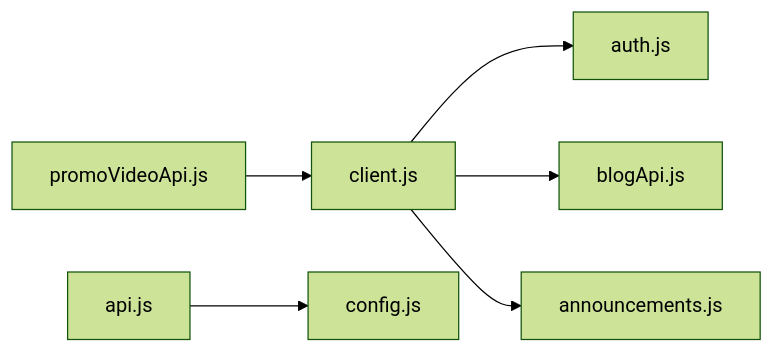
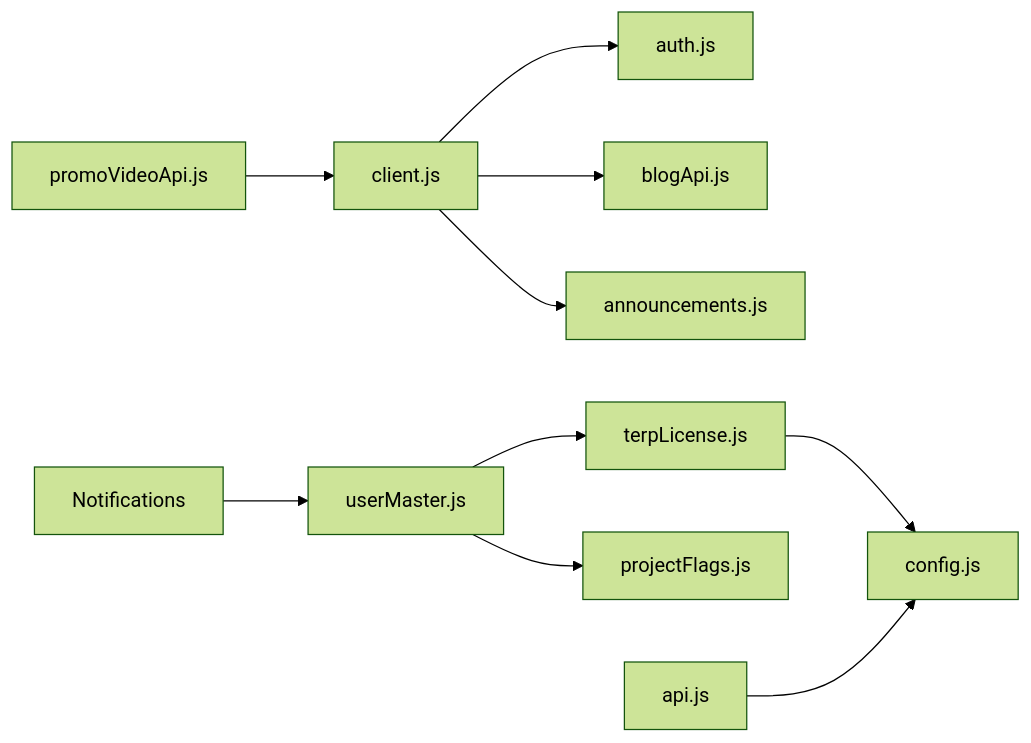
Before and after one commit to imcbsglobal/TRELLISCO_ERP_FRONTEND: diagram 11 of 11 in .qoder/repowiki/en/content/Application Architecture/API Integration Patterns.md, drawn with Mermaid (forest theme). The commit also changed other lines of this file and 35 other files, not shown here.

````diff
--- a/.qoder/repowiki/en/content/Application Architecture/API Integration Patterns.md
+++ b/.qoder/repowiki/en/content/Application Architecture/API Integration Patterns.md
@@ -317,8 +470,12 @@
 ```mermaid
 graph LR
 Client["client.js"] --> Auth["auth.js"]
 Client --> Blog["blogApi.js"]
 Client --> Announcements["announcements.js"]
 Promo["promoVideoApi.js"] --> Client
-ApiLegacy["api.js"] --> Config["config.js"]
+Terp["terpLicense.js"] --> Config["config.js"]
+UserMaster["userMaster.js"] --> ProjectFlags["projectFlags.js"]
+UserMaster --> Terp
+Notifications --> UserMaster
+ApiLegacy["api.js"] --> Config
 ```
````
